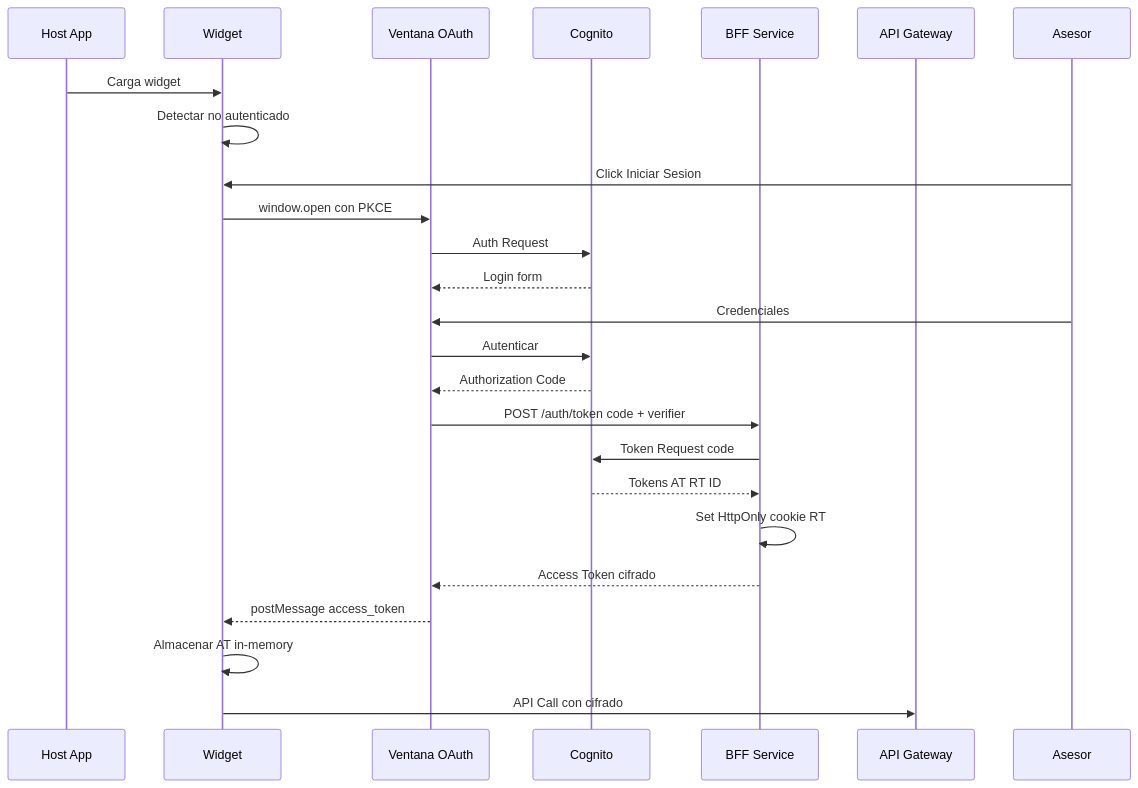
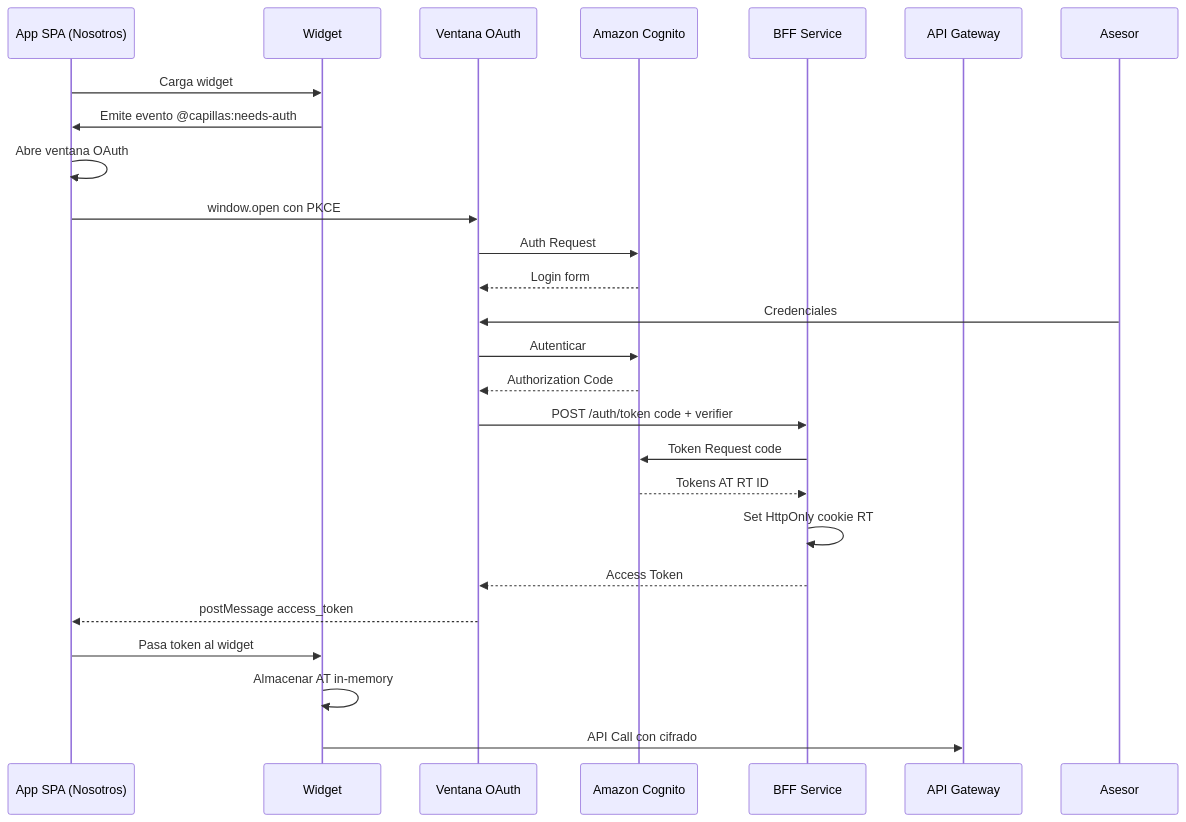
The fourth of 9 diagrams in docs/propuesta_tecnologica.md (johnruedal96/capillas), drawn with Mermaid before and after one commit. The commit also changed other lines of this file and 13 other files, not shown here.

````diff
--- a/docs/propuesta_tecnologica.md
+++ b/docs/propuesta_tecnologica.md
@@ -140,27 +207,28 @@
 ```mermaid
 sequenceDiagram
-    participant Host as Host App
+    participant App as App SPA (Nosotros)
     participant Widget as Widget
     participant Popup as Ventana OAuth
-    participant Cognito as Cognito
+    participant Cognito as Amazon Cognito
     participant BFF as BFF Service
     participant GW as API Gateway
 
-    Host->>Widget: Carga widget
-    Widget->>Widget: Detectar no autenticado
-    Asesor->>Widget: Click Iniciar Sesion
-    Widget->>Popup: window.open con PKCE
+    App->>Widget: Carga widget
+    Widget->>App: Emite evento @capillas:needs-auth
+    App->>App: Abre ventana OAuth
+    App->>Popup: window.open con PKCE
     Popup->>Cognito: Auth Request
     Cognito-->>Popup: Login form
     Asesor->>Popup: Credenciales
     Popup->>Cognito: Autenticar
     Cognito-->>Popup: Authorization Code
     Popup->>BFF: POST /auth/token code + verifier
     BFF->>Cognito: Token Request code
     Cognito-->>BFF: Tokens AT RT ID
     BFF->>BFF: Set HttpOnly cookie RT
-    BFF-->>Popup: Access Token cifrado
-    Popup-->>Widget: postMessage access_token
+    BFF-->>Popup: Access Token
+    Popup-->>App: postMessage access_token
+    App->>Widget: Pasa token al widget
     Widget->>Widget: Almacenar AT in-memory
     Widget->>GW: API Call con cifrado
 ```
````
